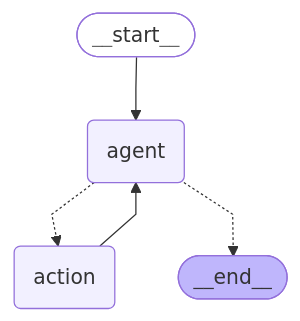
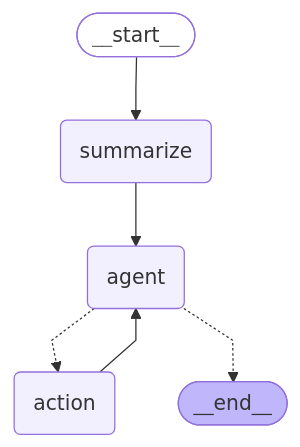
One commit to zuoq2110/chatbot_agent changed the diagram in mermaid/react_mermaid.mmd. Above: the diagram before and after it, drawn with Mermaid. The commit also changed 55 other files, not shown here.

```diff
--- a/mermaid/react_mermaid.mmd
+++ b/mermaid/react_mermaid.mmd
@@ -1,17 +1,19 @@
 ---
 config:
   flowchart:
     curve: linear
 ---
 graph TD;
 	__start__([<p>__start__</p>]):::first
+	summarize(summarize)
 	agent(agent)
 	action(action)
 	__end__([<p>__end__</p>]):::last
-	__start__ --> agent;
+	__start__ --> summarize;
 	action --> agent;
 	agent -.-> action;
+	summarize --> agent;
 	agent -.-> __end__;
 	classDef default fill:#f2f0ff,line-height:1.2
 	classDef first fill-opacity:0
 	classDef last fill:#bfb6fc
```
